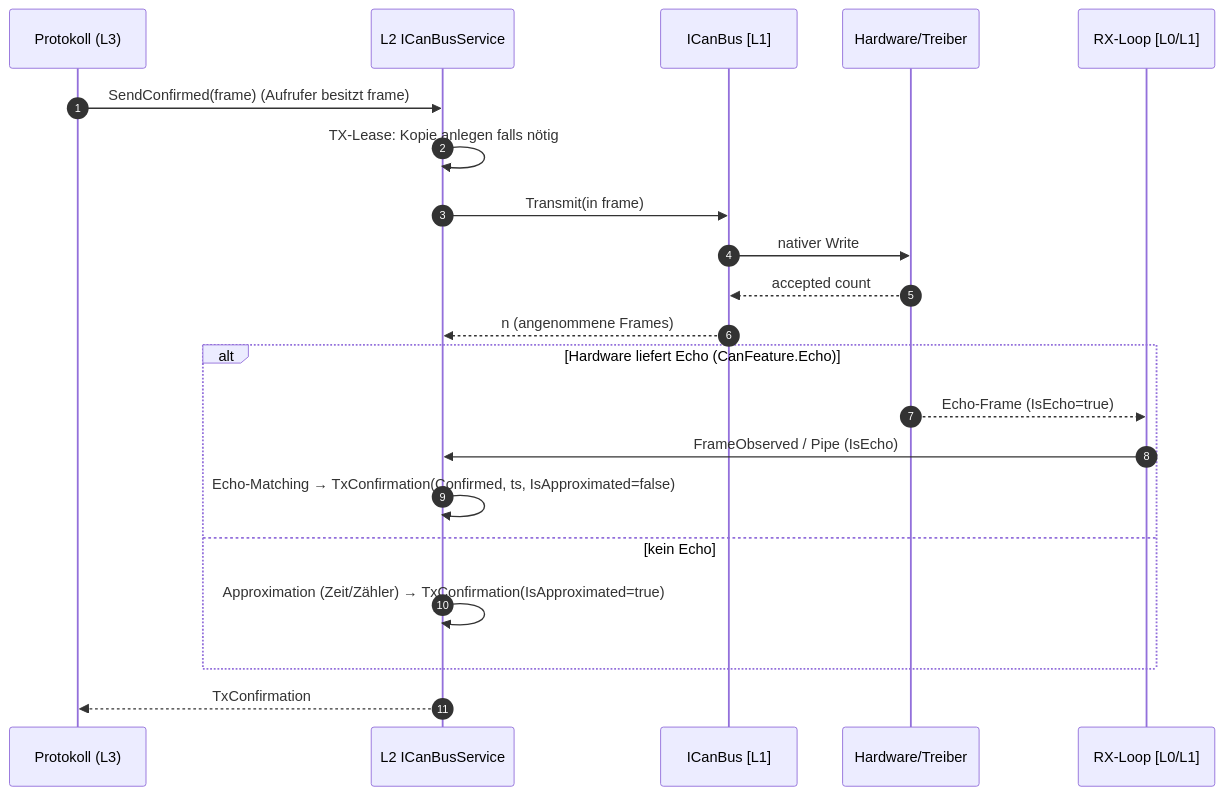
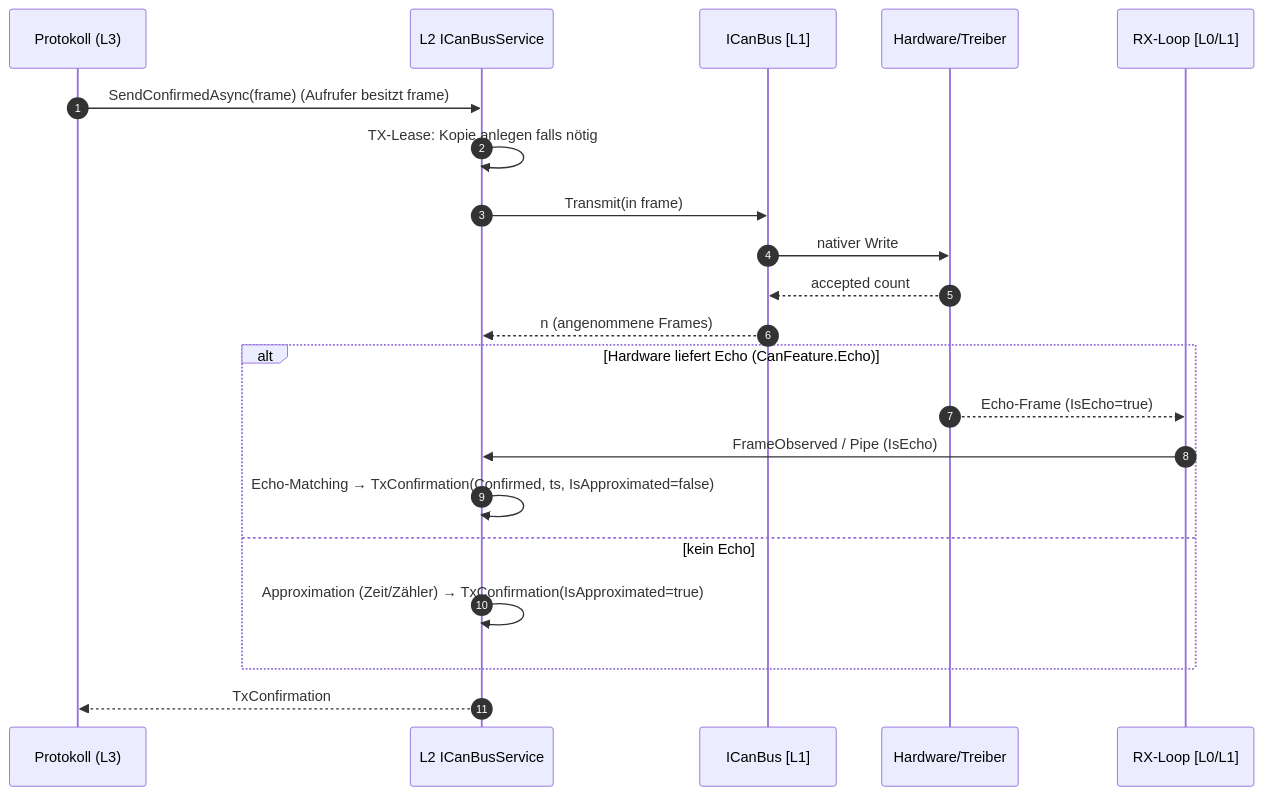
The eighth of 19 diagrams in docs/architecture/arc42-CanKit.Pro.md (dborgards/CanKit.Pro), drawn with Mermaid before and after one commit. The commit also changed other lines of this file and 36 other files, not shown here.

First line of the commit message:
refactor(rawcan)!: name ICanBusService.SendConfirmed SendConfirmedAsync

````diff
--- a/docs/architecture/arc42-CanKit.Pro.md
+++ b/docs/architecture/arc42-CanKit.Pro.md
@@ -617,24 +617,24 @@
 ```mermaid
 sequenceDiagram
     autonumber
     participant Proto as Protokoll (L3)
     participant Svc as L2 ICanBusService
     participant Bus as ICanBus  [L1]
     participant HW as Hardware/Treiber
     participant Rx as RX-Loop  [L0/L1]
 
-    Proto->>Svc: SendConfirmed(frame)  (Aufrufer besitzt frame)
+    Proto->>Svc: SendConfirmedAsync(frame)  (Aufrufer besitzt frame)
     Svc->>Svc: TX-Lease: Kopie anlegen falls nötig
     Svc->>Bus: Transmit(in frame)
     Bus->>HW: nativer Write
     HW-->>Bus: accepted count
     Bus-->>Svc: n (angenommene Frames)
     alt Hardware liefert Echo (CanFeature.Echo)
         HW-->>Rx: Echo-Frame (IsEcho=true)
         Rx->>Svc: FrameObserved / Pipe (IsEcho)
         Svc->>Svc: Echo-Matching → TxConfirmation(Confirmed, ts, IsApproximated=false)
     else kein Echo
         Svc->>Svc: Approximation (Zeit/Zähler) → TxConfirmation(IsApproximated=true)
     end
     Svc-->>Proto: TxConfirmation
 ```
````
